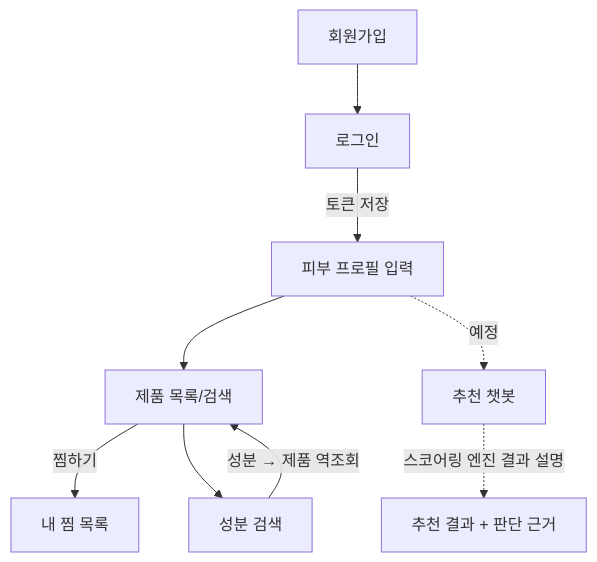
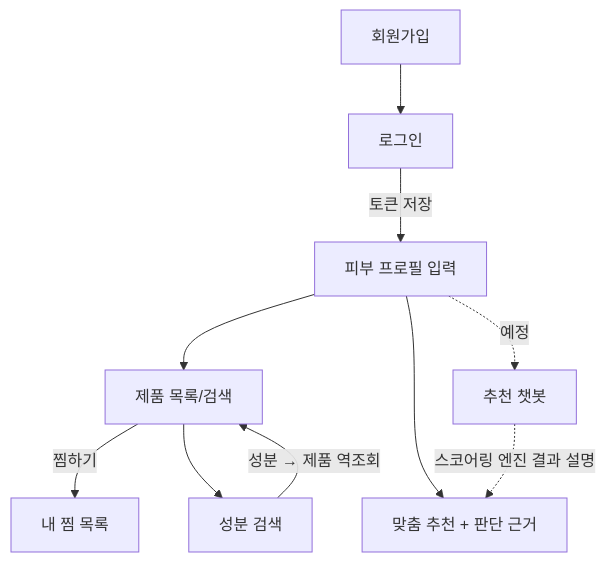
One commit to changlike/ChaeInG_project changed the first of 2 diagrams in docs/user-flow.md. Above: the diagram before and after it, drawn with Mermaid. The commit also changed other lines of this file and 7 other files, not shown here.

````diff
--- a/docs/user-flow.md
+++ b/docs/user-flow.md
@@ -18,11 +20,12 @@
 ```mermaid
 flowchart TD
     A[회원가입] --> B[로그인]
     B -->|토큰 저장| C[피부 프로필 입력]
     C --> D[제품 목록/검색]
     D -->|찜하기| E[내 찜 목록]
     D --> F[성분 검색]
     F -->|성분 → 제품 역조회| D
+    C --> H[맞춤 추천 + 판단 근거]
     C -.->|예정| G[추천 챗봇]
-    G -.->|스코어링 엔진 결과 설명| H[추천 결과 + 판단 근거]
+    G -.->|스코어링 엔진 결과 설명| H
 ```
````
